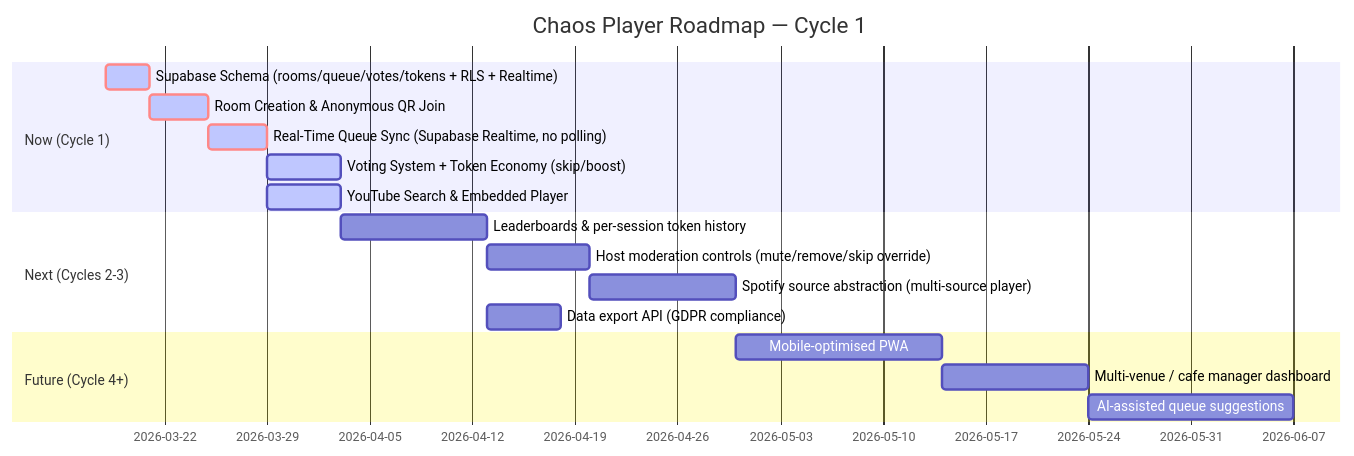
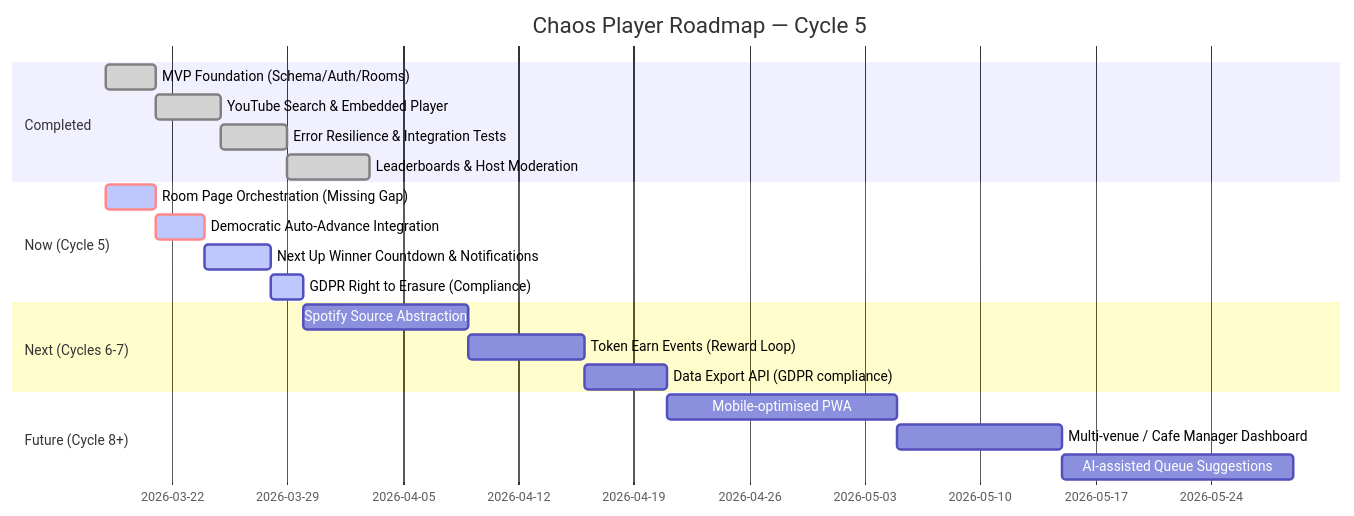
One commit to akozma89/chaos-player changed the diagram in ROADMAP.md. Above: the diagram before and after it, drawn with Mermaid. The commit also changed 8 other files, not shown here.

Commit message:
feat(room): implement dynamic room page with auto-advance orchestration

````diff
--- a/ROADMAP.md
+++ b/ROADMAP.md
@@ -3,23 +3,27 @@
 ```mermaid
 gantt
-  title Chaos Player Roadmap — Cycle 1
+  title Chaos Player Roadmap — Cycle 5
   dateFormat YYYY-MM-DD
 
-  section Now (Cycle 1)
-    Supabase Schema (rooms/queue/votes/tokens + RLS + Realtime) :crit, active, feat-db, 2026-03-18, 3d
-    Room Creation & Anonymous QR Join                           :crit, active, feat-room, after feat-db, 4d
-    Real-Time Queue Sync (Supabase Realtime, no polling)        :crit, active, feat-rt, after feat-room, 4d
-    Voting System + Token Economy (skip/boost)                  :active, feat-vote, after feat-rt, 5d
-    YouTube Search & Embedded Player                            :active, feat-yt, after feat-rt, 5d
+  section Completed
+    MVP Foundation (Schema/Auth/Rooms)          :done, c1, 2026-03-18, 3d
+    YouTube Search & Embedded Player            :done, c2, after c1, 4d
+    Error Resilience & Integration Tests        :done, c3, after c2, 4d
+    Leaderboards & Host Moderation              :done, c4, after c3, 5d
 
-  section Next (Cycles 2-3)
-    Leaderboards & per-session token history                    :next1, after feat-vote, 10d
-    Host moderation controls (mute/remove/skip override)        :next2, after next1, 7d
-    Spotify source abstraction (multi-source player)            :next3, after next2, 10d
-    Data export API (GDPR compliance)                           :next4, after next1, 5d
+  section Now (Cycle 5)
+    Room Page Orchestration (Missing Gap)       :crit, active, c5a, 2026-03-18, 3d
+    Democratic Auto-Advance Integration         :crit, active, c5b, after c5a, 3d
+    Next Up Winner Countdown & Notifications    :active, c5c, after c5b, 4d
+    GDPR Right to Erasure (Compliance)          :active, c5d, after c5c, 2d
 
-  section Future (Cycle 4+)
-    Mobile-optimised PWA                                        :future1, after next3, 14d
-    Multi-venue / cafe manager dashboard                        :future2, after future1, 10d
-    AI-assisted queue suggestions                               :future3, after future2, 14d
+  section Next (Cycles 6-7)
+    Spotify Source Abstraction                  :next1, after c5d, 10d
+    Token Earn Events (Reward Loop)             :next2, after next1, 7d
+    Data Export API (GDPR compliance)           :next3, after next2, 5d
+
+  section Future (Cycle 8+)
+    Mobile-optimised PWA                        :future1, after next3, 14d
+    Multi-venue / Cafe Manager Dashboard        :future2, after future1, 10d
+    AI-assisted Queue Suggestions               :future3, after future2, 14d
 ```
````
